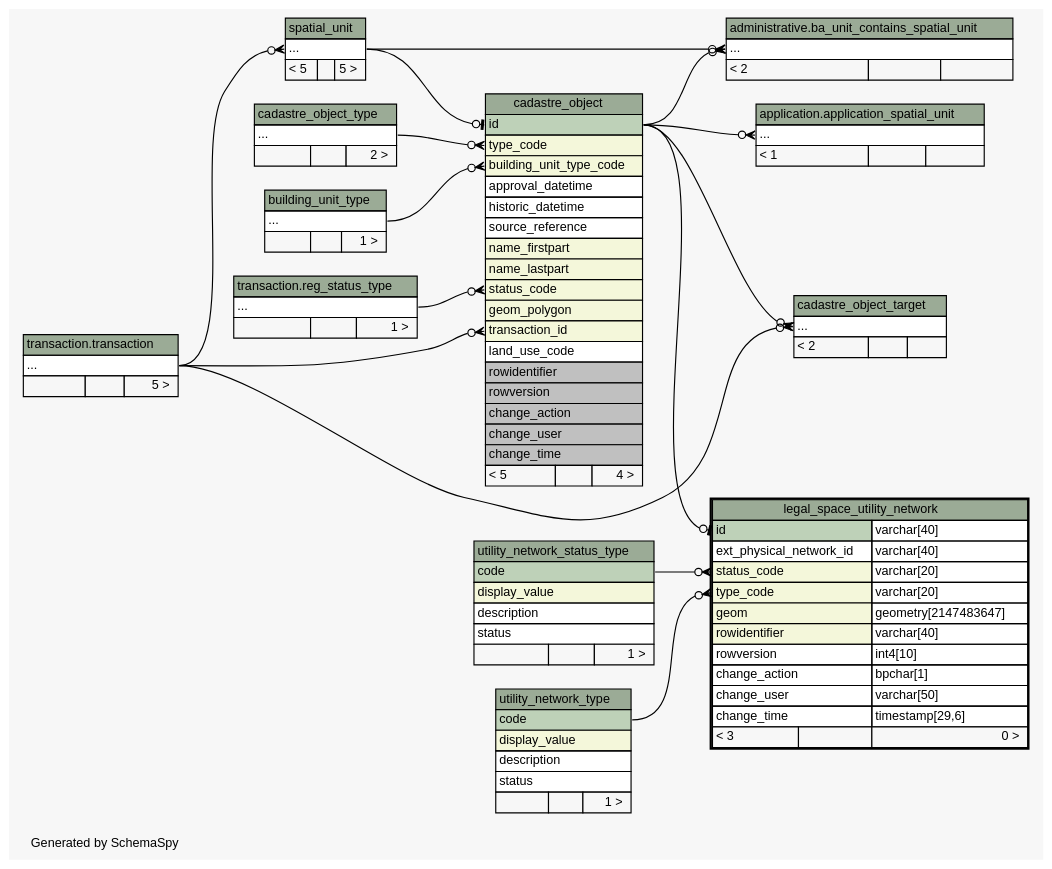
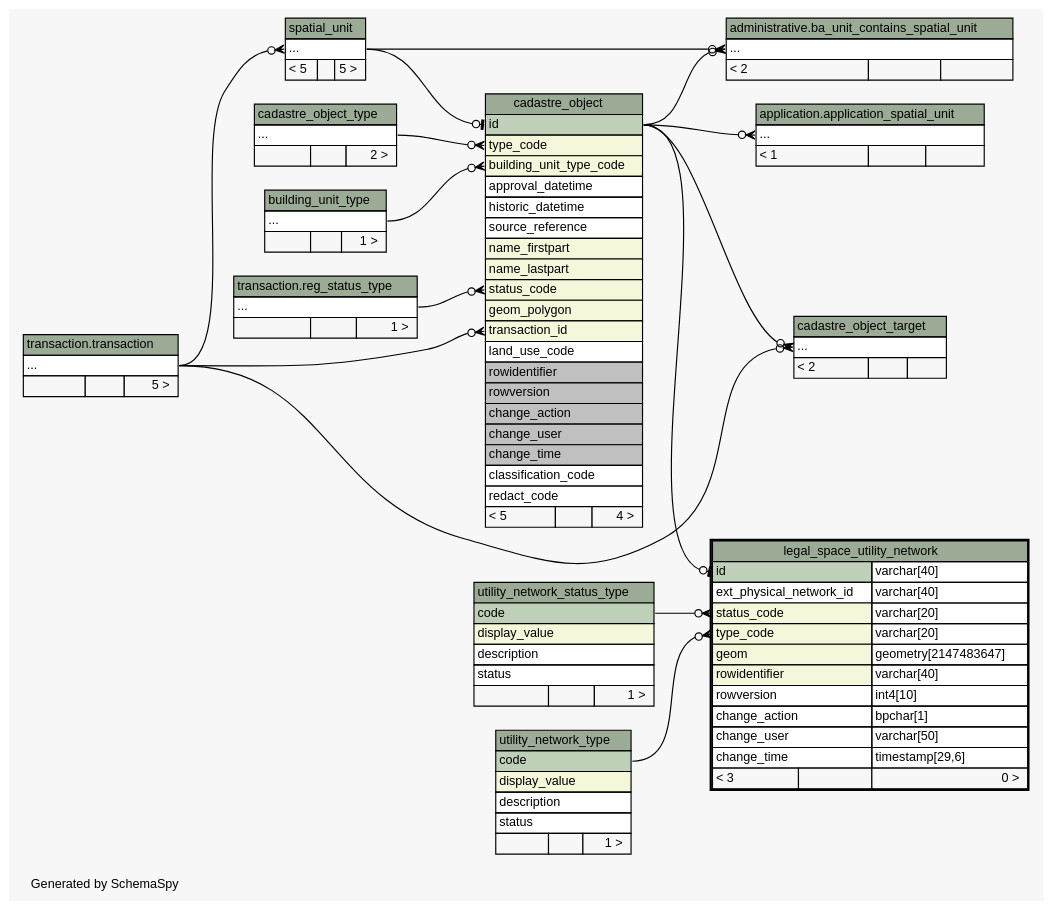
One commit to SOLA-FAO/database_sola changed the diagram in doc/cadastre/diagrams/legal_space_utility_network.2degrees.dot. Above: the diagram before and after it, drawn with Graphviz. The commit also changed 615 other files, not shown here.

```diff
--- a/doc/cadastre/diagrams/legal_space_utility_network.2degrees.dot
+++ b/doc/cadastre/diagrams/legal_space_utility_network.2degrees.dot
@@ -1,187 +1,189 @@
 // dot 2.36.0 on Windows 7 6.1
 // SchemaSpy rev 590
 digraph "twoDegreesRelationshipsDiagram" {
   graph [
     rankdir="RL"
     bgcolor="#f7f7f7"
     label="\nGenerated by SchemaSpy"
     labeljust="l"
     nodesep="0.18"
     ranksep="0.46"
     fontname="Helvetica"
     fontsize="11"
   ];
   node [
     fontname="Helvetica"
     fontsize="11"
     shape="plaintext"
   ];
   edge [
     arrowsize="0.8"
   ];
   "application.application_spatial_unit":"elipses":w -> "cadastre_object":"id":e [arrowhead=none dir=back arrowtail=crowodot];
   "administrative.ba_unit_contains_spatial_unit":"elipses":w -> "cadastre_object":"id":e [arrowhead=none dir=back arrowtail=crowodot];
   "administrative.ba_unit_contains_spatial_unit":"elipses":w -> "spatial_unit":"elipses":e [arrowhead=none dir=back arrowtail=crowodot];
   "cadastre_object":"building_unit_type_code":w -> "building_unit_type":"elipses":e [arrowhead=none dir=back arrowtail=crowodot];
   "cadastre_object":"id":w -> "spatial_unit":"elipses":e [arrowhead=none dir=back arrowtail=teeodot];
   "cadastre_object":"status_code":w -> "transaction.reg_status_type":"elipses":e [arrowhead=none dir=back arrowtail=crowodot];
   "cadastre_object":"transaction_id":w -> "transaction.transaction":"elipses":e [arrowhead=none dir=back arrowtail=crowodot];
   "cadastre_object":"type_code":w -> "cadastre_object_type":"elipses":e [arrowhead=none dir=back arrowtail=crowodot];
   "cadastre_object_target":"elipses":w -> "cadastre_object":"id":e [arrowhead=none dir=back arrowtail=crowodot];
   "cadastre_object_target":"elipses":w -> "transaction.transaction":"elipses":e [arrowhead=none dir=back arrowtail=crowodot];
   "legal_space_utility_network":"id":w -> "cadastre_object":"id":e [arrowhead=none dir=back arrowtail=teeodot];
   "legal_space_utility_network":"status_code":w -> "utility_network_status_type":"code":e [arrowhead=none dir=back arrowtail=crowodot];
   "legal_space_utility_network":"type_code":w -> "utility_network_type":"code":e [arrowhead=none dir=back arrowtail=crowodot];
   "spatial_unit":"elipses":w -> "transaction.transaction":"elipses":e [arrowhead=none dir=back arrowtail=crowodot];
   "application.application_spatial_unit" [
     label=<
     <TABLE BORDER="0" CELLBORDER="1" CELLSPACING="0" BGCOLOR="#ffffff">
       <TR><TD COLSPAN="3" BGCOLOR="#9bab96" ALIGN="CENTER">application.application_spatial_unit</TD></TR>
       <TR><TD PORT="elipses" COLSPAN="3" ALIGN="LEFT">...</TD></TR>
       <TR><TD ALIGN="LEFT" BGCOLOR="#f7f7f7">&lt; 1</TD><TD ALIGN="RIGHT" BGCOLOR="#f7f7f7">  </TD><TD ALIGN="RIGHT" BGCOLOR="#f7f7f7">  </TD></TR>
     </TABLE>>
     URL="../../application/tables/application_spatial_unit.html"
     tooltip="application.application_spatial_unit"
   ];
   "administrative.ba_unit_contains_spatial_unit" [
     label=<
     <TABLE BORDER="0" CELLBORDER="1" CELLSPACING="0" BGCOLOR="#ffffff">
       <TR><TD COLSPAN="3" BGCOLOR="#9bab96" ALIGN="CENTER">administrative.ba_unit_contains_spatial_unit</TD></TR>
       <TR><TD PORT="elipses" COLSPAN="3" ALIGN="LEFT">...</TD></TR>
       <TR><TD ALIGN="LEFT" BGCOLOR="#f7f7f7">&lt; 2</TD><TD ALIGN="RIGHT" BGCOLOR="#f7f7f7">  </TD><TD ALIGN="RIGHT" BGCOLOR="#f7f7f7">  </TD></TR>
     </TABLE>>
     URL="../../administrative/tables/ba_unit_contains_spatial_unit.html"
     tooltip="administrative.ba_unit_contains_spatial_unit"
   ];
   "building_unit_type" [
     label=<
     <TABLE BORDER="0" CELLBORDER="1" CELLSPACING="0" BGCOLOR="#ffffff">
       <TR><TD COLSPAN="3" BGCOLOR="#9bab96" ALIGN="CENTER">building_unit_type</TD></TR>
       <TR><TD PORT="elipses" COLSPAN="3" ALIGN="LEFT">...</TD></TR>
       <TR><TD ALIGN="LEFT" BGCOLOR="#f7f7f7">  </TD><TD ALIGN="RIGHT" BGCOLOR="#f7f7f7">  </TD><TD ALIGN="RIGHT" BGCOLOR="#f7f7f7">1 &gt;</TD></TR>
     </TABLE>>
     URL="building_unit_type.html"
     tooltip="building_unit_type"
   ];
   "cadastre_object" [
     label=<
     <TABLE BORDER="0" CELLBORDER="1" CELLSPACING="0" BGCOLOR="#ffffff">
       <TR><TD COLSPAN="3" BGCOLOR="#9bab96" ALIGN="CENTER">cadastre_object</TD></TR>
       <TR><TD PORT="id" COLSPAN="3" BGCOLOR="#bed1b8" ALIGN="LEFT">id</TD></TR>
       <TR><TD PORT="type_code" COLSPAN="3" BGCOLOR="#f4f7da" ALIGN="LEFT">type_code</TD></TR>
       <TR><TD PORT="building_unit_type_code" COLSPAN="3" BGCOLOR="#f4f7da" ALIGN="LEFT">building_unit_type_code</TD></TR>
       <TR><TD PORT="approval_datetime" COLSPAN="3" ALIGN="LEFT">approval_datetime</TD></TR>
       <TR><TD PORT="historic_datetime" COLSPAN="3" ALIGN="LEFT">historic_datetime</TD></TR>
       <TR><TD PORT="source_reference" COLSPAN="3" ALIGN="LEFT">source_reference</TD></TR>
       <TR><TD PORT="name_firstpart" COLSPAN="3" BGCOLOR="#f4f7da" ALIGN="LEFT">name_firstpart</TD></TR>
       <TR><TD PORT="name_lastpart" COLSPAN="3" BGCOLOR="#f4f7da" ALIGN="LEFT">name_lastpart</TD></TR>
       <TR><TD PORT="status_code" COLSPAN="3" BGCOLOR="#f4f7da" ALIGN="LEFT">status_code</TD></TR>
       <TR><TD PORT="geom_polygon" COLSPAN="3" BGCOLOR="#f4f7da" ALIGN="LEFT">geom_polygon</TD></TR>
       <TR><TD PORT="transaction_id" COLSPAN="3" BGCOLOR="#f4f7da" ALIGN="LEFT">transaction_id</TD></TR>
       <TR><TD PORT="land_use_code" COLSPAN="3" ALIGN="LEFT">land_use_code</TD></TR>
       <TR><TD PORT="rowidentifier" COLSPAN="3" BGCOLOR="#c0c0c0" ALIGN="LEFT">rowidentifier</TD></TR>
       <TR><TD PORT="rowversion" COLSPAN="3" BGCOLOR="#c0c0c0" ALIGN="LEFT">rowversion</TD></TR>
       <TR><TD PORT="change_action" COLSPAN="3" BGCOLOR="#c0c0c0" ALIGN="LEFT">change_action</TD></TR>
       <TR><TD PORT="change_user" COLSPAN="3" BGCOLOR="#c0c0c0" ALIGN="LEFT">change_user</TD></TR>
       <TR><TD PORT="change_time" COLSPAN="3" BGCOLOR="#c0c0c0" ALIGN="LEFT">change_time</TD></TR>
+      <TR><TD PORT="classification_code" COLSPAN="3" ALIGN="LEFT">classification_code</TD></TR>
+      <TR><TD PORT="redact_code" COLSPAN="3" ALIGN="LEFT">redact_code</TD></TR>
       <TR><TD ALIGN="LEFT" BGCOLOR="#f7f7f7">&lt; 5</TD><TD ALIGN="RIGHT" BGCOLOR="#f7f7f7">  </TD><TD ALIGN="RIGHT" BGCOLOR="#f7f7f7">4 &gt;</TD></TR>
     </TABLE>>
     URL="cadastre_object.html"
     tooltip="cadastre_object"
   ];
   "cadastre_object_target" [
     label=<
     <TABLE BORDER="0" CELLBORDER="1" CELLSPACING="0" BGCOLOR="#ffffff">
       <TR><TD COLSPAN="3" BGCOLOR="#9bab96" ALIGN="CENTER">cadastre_object_target</TD></TR>
       <TR><TD PORT="elipses" COLSPAN="3" ALIGN="LEFT">...</TD></TR>
       <TR><TD ALIGN="LEFT" BGCOLOR="#f7f7f7">&lt; 2</TD><TD ALIGN="RIGHT" BGCOLOR="#f7f7f7">  </TD><TD ALIGN="RIGHT" BGCOLOR="#f7f7f7">  </TD></TR>
     </TABLE>>
     URL="cadastre_object_target.html"
     tooltip="cadastre_object_target"
   ];
   "cadastre_object_type" [
     label=<
     <TABLE BORDER="0" CELLBORDER="1" CELLSPACING="0" BGCOLOR="#ffffff">
       <TR><TD COLSPAN="3" BGCOLOR="#9bab96" ALIGN="CENTER">cadastre_object_type</TD></TR>
       <TR><TD PORT="elipses" COLSPAN="3" ALIGN="LEFT">...</TD></TR>
       <TR><TD ALIGN="LEFT" BGCOLOR="#f7f7f7">  </TD><TD ALIGN="RIGHT" BGCOLOR="#f7f7f7">  </TD><TD ALIGN="RIGHT" BGCOLOR="#f7f7f7">2 &gt;</TD></TR>
     </TABLE>>
     URL="cadastre_object_type.html"
     tooltip="cadastre_object_type"
   ];
   "legal_space_utility_network" [
     label=<
     <TABLE BORDER="2" CELLBORDER="1" CELLSPACING="0" BGCOLOR="#ffffff">
       <TR><TD COLSPAN="3" BGCOLOR="#9bab96" ALIGN="CENTER">legal_space_utility_network</TD></TR>
       <TR><TD PORT="id" COLSPAN="2" BGCOLOR="#bed1b8" ALIGN="LEFT">id</TD><TD PORT="id.type" ALIGN="LEFT">varchar[40]</TD></TR>
       <TR><TD PORT="ext_physical_network_id" COLSPAN="2" ALIGN="LEFT">ext_physical_network_id</TD><TD PORT="ext_physical_network_id.type" ALIGN="LEFT">varchar[40]</TD></TR>
       <TR><TD PORT="status_code" COLSPAN="2" BGCOLOR="#f4f7da" ALIGN="LEFT">status_code</TD><TD PORT="status_code.type" ALIGN="LEFT">varchar[20]</TD></TR>
       <TR><TD PORT="type_code" COLSPAN="2" BGCOLOR="#f4f7da" ALIGN="LEFT">type_code</TD><TD PORT="type_code.type" ALIGN="LEFT">varchar[20]</TD></TR>
       <TR><TD PORT="geom" COLSPAN="2" BGCOLOR="#f4f7da" ALIGN="LEFT">geom</TD><TD PORT="geom.type" ALIGN="LEFT">geometry[2147483647]</TD></TR>
       <TR><TD PORT="rowidentifier" COLSPAN="2" BGCOLOR="#f4f7da" ALIGN="LEFT">rowidentifier</TD><TD PORT="rowidentifier.type" ALIGN="LEFT">varchar[40]</TD></TR>
       <TR><TD PORT="rowversion" COLSPAN="2" ALIGN="LEFT">rowversion</TD><TD PORT="rowversion.type" ALIGN="LEFT">int4[10]</TD></TR>
       <TR><TD PORT="change_action" COLSPAN="2" ALIGN="LEFT">change_action</TD><TD PORT="change_action.type" ALIGN="LEFT">bpchar[1]</TD></TR>
       <TR><TD PORT="change_user" COLSPAN="2" ALIGN="LEFT">change_user</TD><TD PORT="change_user.type" ALIGN="LEFT">varchar[50]</TD></TR>
       <TR><TD PORT="change_time" COLSPAN="2" ALIGN="LEFT">change_time</TD><TD PORT="change_time.type" ALIGN="LEFT">timestamp[29,6]</TD></TR>
       <TR><TD ALIGN="LEFT" BGCOLOR="#f7f7f7">&lt; 3</TD><TD ALIGN="RIGHT" BGCOLOR="#f7f7f7">  </TD><TD ALIGN="RIGHT" BGCOLOR="#f7f7f7">0 &gt;</TD></TR>
     </TABLE>>
     URL="legal_space_utility_network.html"
     tooltip="legal_space_utility_network"
   ];
   "transaction.reg_status_type" [
     label=<
     <TABLE BORDER="0" CELLBORDER="1" CELLSPACING="0" BGCOLOR="#ffffff">
       <TR><TD COLSPAN="3" BGCOLOR="#9bab96" ALIGN="CENTER">transaction.reg_status_type</TD></TR>
       <TR><TD PORT="elipses" COLSPAN="3" ALIGN="LEFT">...</TD></TR>
       <TR><TD ALIGN="LEFT" BGCOLOR="#f7f7f7">  </TD><TD ALIGN="RIGHT" BGCOLOR="#f7f7f7">  </TD><TD ALIGN="RIGHT" BGCOLOR="#f7f7f7">1 &gt;</TD></TR>
     </TABLE>>
     URL="../../transaction/tables/reg_status_type.html"
     tooltip="transaction.reg_status_type"
   ];
   "spatial_unit" [
     label=<
     <TABLE BORDER="0" CELLBORDER="1" CELLSPACING="0" BGCOLOR="#ffffff">
       <TR><TD COLSPAN="3" BGCOLOR="#9bab96" ALIGN="CENTER">spatial_unit</TD></TR>
       <TR><TD PORT="elipses" COLSPAN="3" ALIGN="LEFT">...</TD></TR>
       <TR><TD ALIGN="LEFT" BGCOLOR="#f7f7f7">&lt; 5</TD><TD ALIGN="RIGHT" BGCOLOR="#f7f7f7">  </TD><TD ALIGN="RIGHT" BGCOLOR="#f7f7f7">5 &gt;</TD></TR>
     </TABLE>>
     URL="spatial_unit.html"
     tooltip="spatial_unit"
   ];
   "transaction.transaction" [
     label=<
     <TABLE BORDER="0" CELLBORDER="1" CELLSPACING="0" BGCOLOR="#ffffff">
       <TR><TD COLSPAN="3" BGCOLOR="#9bab96" ALIGN="CENTER">transaction.transaction</TD></TR>
       <TR><TD PORT="elipses" COLSPAN="3" ALIGN="LEFT">...</TD></TR>
       <TR><TD ALIGN="LEFT" BGCOLOR="#f7f7f7">  </TD><TD ALIGN="RIGHT" BGCOLOR="#f7f7f7">  </TD><TD ALIGN="RIGHT" BGCOLOR="#f7f7f7">5 &gt;</TD></TR>
     </TABLE>>
     URL="../../transaction/tables/transaction.html"
     tooltip="transaction.transaction"
   ];
   "utility_network_status_type" [
     label=<
     <TABLE BORDER="0" CELLBORDER="1" CELLSPACING="0" BGCOLOR="#ffffff">
       <TR><TD COLSPAN="3" BGCOLOR="#9bab96" ALIGN="CENTER">utility_network_status_type</TD></TR>
       <TR><TD PORT="code" COLSPAN="3" BGCOLOR="#bed1b8" ALIGN="LEFT">code</TD></TR>
       <TR><TD PORT="display_value" COLSPAN="3" BGCOLOR="#f4f7da" ALIGN="LEFT">display_value</TD></TR>
       <TR><TD PORT="description" COLSPAN="3" ALIGN="LEFT">description</TD></TR>
       <TR><TD PORT="status" COLSPAN="3" ALIGN="LEFT">status</TD></TR>
       <TR><TD ALIGN="LEFT" BGCOLOR="#f7f7f7">  </TD><TD ALIGN="RIGHT" BGCOLOR="#f7f7f7">  </TD><TD ALIGN="RIGHT" BGCOLOR="#f7f7f7">1 &gt;</TD></TR>
     </TABLE>>
     URL="utility_network_status_type.html"
     tooltip="utility_network_status_type"
   ];
   "utility_network_type" [
     label=<
     <TABLE BORDER="0" CELLBORDER="1" CELLSPACING="0" BGCOLOR="#ffffff">
       <TR><TD COLSPAN="3" BGCOLOR="#9bab96" ALIGN="CENTER">utility_network_type</TD></TR>
       <TR><TD PORT="code" COLSPAN="3" BGCOLOR="#bed1b8" ALIGN="LEFT">code</TD></TR>
       <TR><TD PORT="display_value" COLSPAN="3" BGCOLOR="#f4f7da" ALIGN="LEFT">display_value</TD></TR>
       <TR><TD PORT="description" COLSPAN="3" ALIGN="LEFT">description</TD></TR>
       <TR><TD PORT="status" COLSPAN="3" ALIGN="LEFT">status</TD></TR>
       <TR><TD ALIGN="LEFT" BGCOLOR="#f7f7f7">  </TD><TD ALIGN="RIGHT" BGCOLOR="#f7f7f7">  </TD><TD ALIGN="RIGHT" BGCOLOR="#f7f7f7">1 &gt;</TD></TR>
     </TABLE>>
     URL="utility_network_type.html"
     tooltip="utility_network_type"
   ];
 }
```
